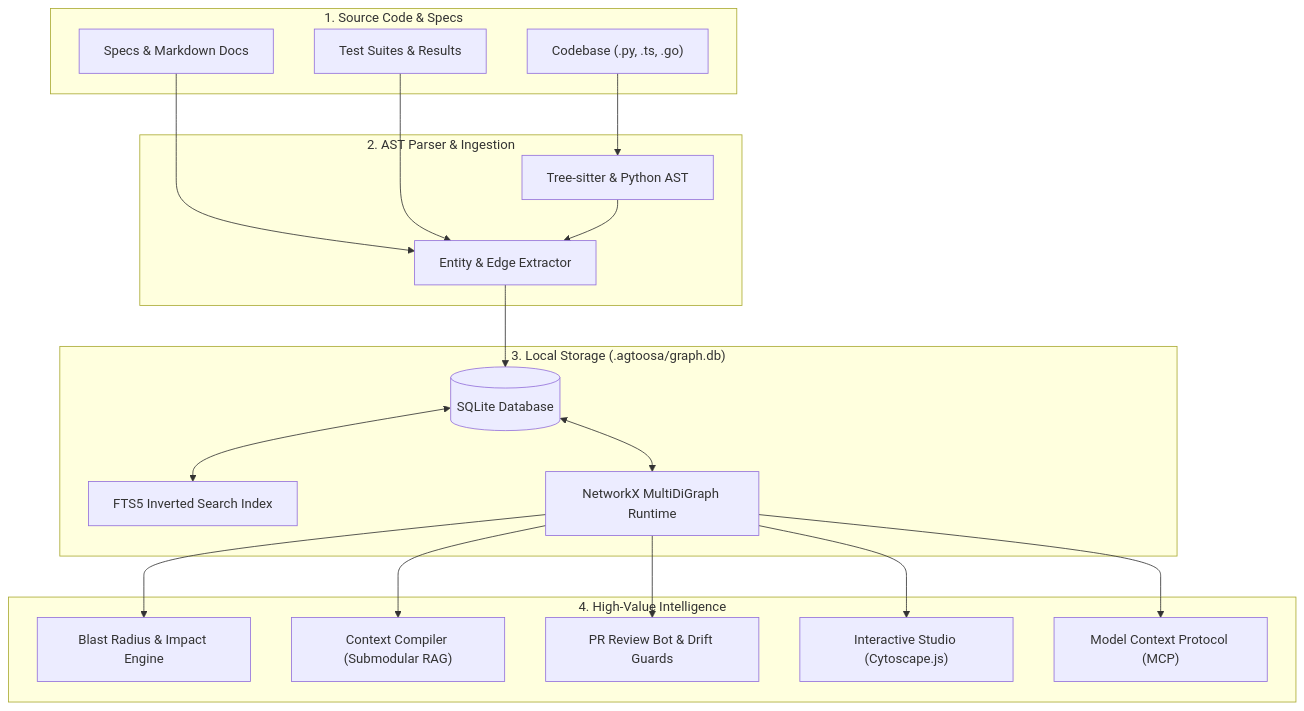
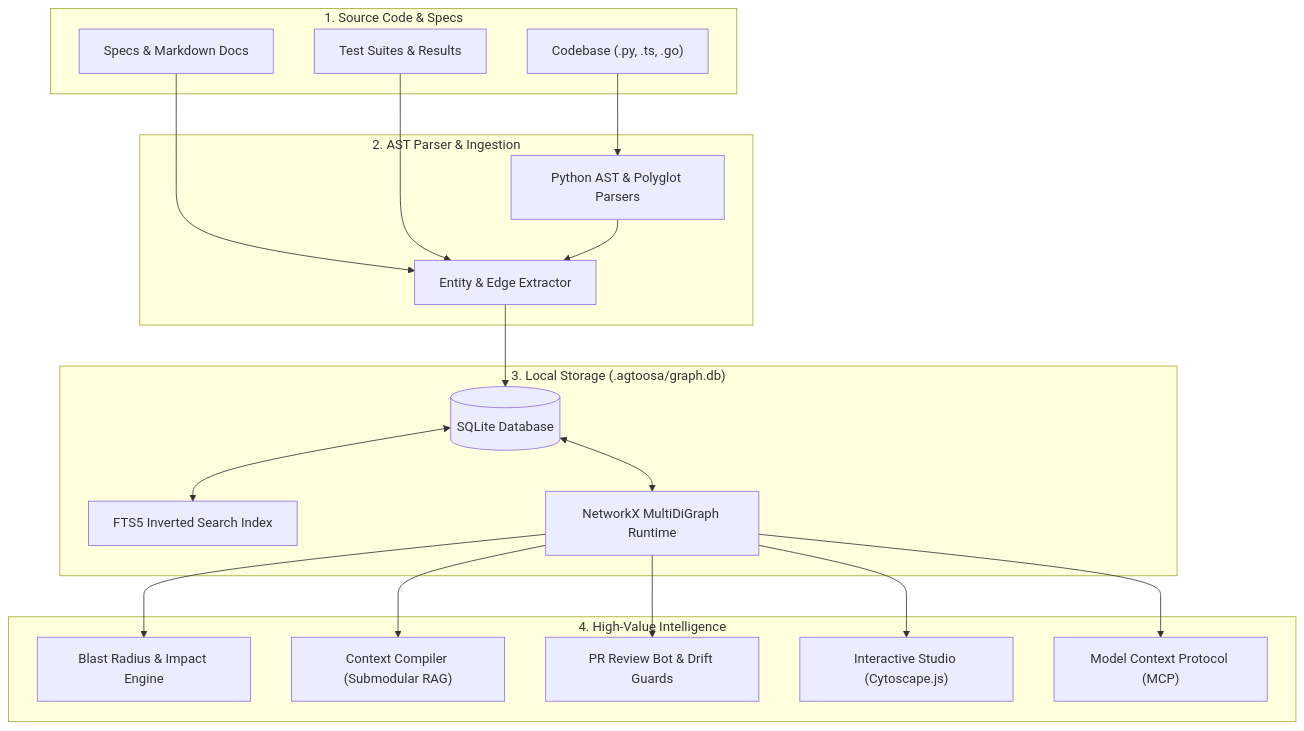
The diagram in README.md (sky2464/Agtoosa2), drawn with Mermaid before and after one commit. The commit also changed other lines of this file and 20 other files, not shown here.

Commit message:
feat: implement enterprise codebase scanning and update polyglot parsers for v0.9.6

````diff
--- a/README.md
+++ b/README.md
@@ -157,40 +157,40 @@
 ```mermaid
 flowchart TD
     subgraph Input ["1. Source Code & Specs"]
         SRC["Codebase (.py, .ts, .go)"]
         SPECS["Specs & Markdown Docs"]
         TESTS["Test Suites & Results"]
     end
 
     subgraph Parser ["2. AST Parser & Ingestion"]
-        TS["Tree-sitter & Python AST"]
+        TS["Python AST & Polyglot Parsers"]
         EXT["Entity & Edge Extractor"]
     end
 
     subgraph Store ["3. Local Storage (.agtoosa/graph.db)"]
         SQLITE[("SQLite Database")]
         FTS["FTS5 Inverted Search Index"]
         NX["NetworkX MultiDiGraph Runtime"]
     end
 
     subgraph Actions ["4. High-Value Intelligence"]
         BLAST["Blast Radius & Impact Engine"]
         RAG["Context Compiler (Submodular RAG)"]
         PR["PR Review Bot & Drift Guards"]
         STUDIO["Interactive Studio (Cytoscape.js)"]
         MCP_SRV["Model Context Protocol (MCP)"]
     end
 
     SRC --> TS
     SPECS --> EXT
     TESTS --> EXT
     TS --> EXT
     EXT --> SQLITE
     SQLITE <--> FTS
     SQLITE <--> NX
     NX --> BLAST
     NX --> RAG
     NX --> PR
     NX --> STUDIO
     NX --> MCP_SRV
 ```
````
